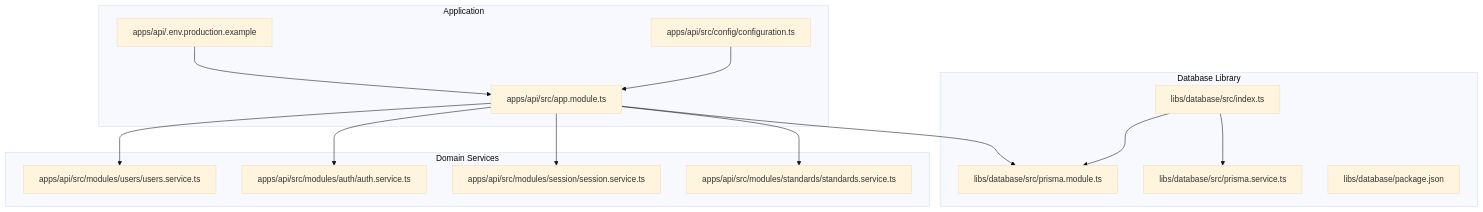
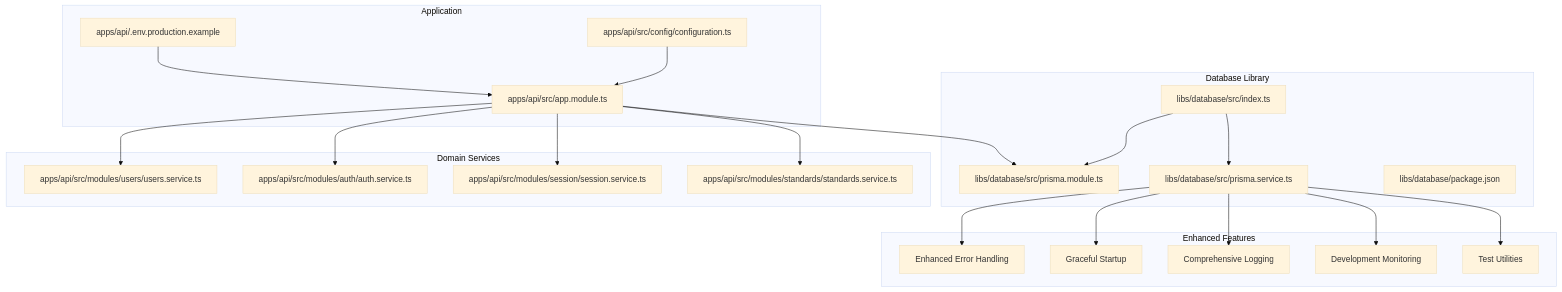
The first of 7 diagrams in .qoder/repowiki/en/content/Shared Libraries/Database Library.md (Avi-Bendetsky/Quiz-to-build), drawn with Mermaid (base theme) before and after one commit. The commit also changed other lines of this file and 41 other files, not shown here.

````diff
--- a/.qoder/repowiki/en/content/Shared Libraries/Database Library.md
+++ b/.qoder/repowiki/en/content/Shared Libraries/Database Library.md
@@ -40,29 +49,41 @@
 ```mermaid
 graph TB
 subgraph "Database Library"
 IDX["libs/database/src/index.ts"]
 PM["libs/database/src/prisma.module.ts"]
 PS["libs/database/src/prisma.service.ts"]
 PKG["libs/database/package.json"]
 end
 subgraph "Application"
 AM["apps/api/src/app.module.ts"]
 CFG["apps/api/src/config/configuration.ts"]
 ENV["apps/api/.env.production.example"]
 end
 subgraph "Domain Services"
 US["apps/api/src/modules/users/users.service.ts"]
 AS["apps/api/src/modules/auth/auth.service.ts"]
 SS["apps/api/src/modules/session/session.service.ts"]
 SDS["apps/api/src/modules/standards/standards.service.ts"]
 end
+subgraph "Enhanced Features"
+ERR["Enhanced Error Handling"]
+GRACE["Graceful Startup"]
+LOG["Comprehensive Logging"]
+MON["Development Monitoring"]
+TEST["Test Utilities"]
+end
 IDX --> PM
 IDX --> PS
 AM --> PM
 AM --> US
 AM --> AS
 AM --> SS
 AM --> SDS
 CFG --> AM
 ENV --> AM
+PS --> ERR
+PS --> GRACE
+PS --> LOG
+PS --> MON
+PS --> TEST
 ```
````
